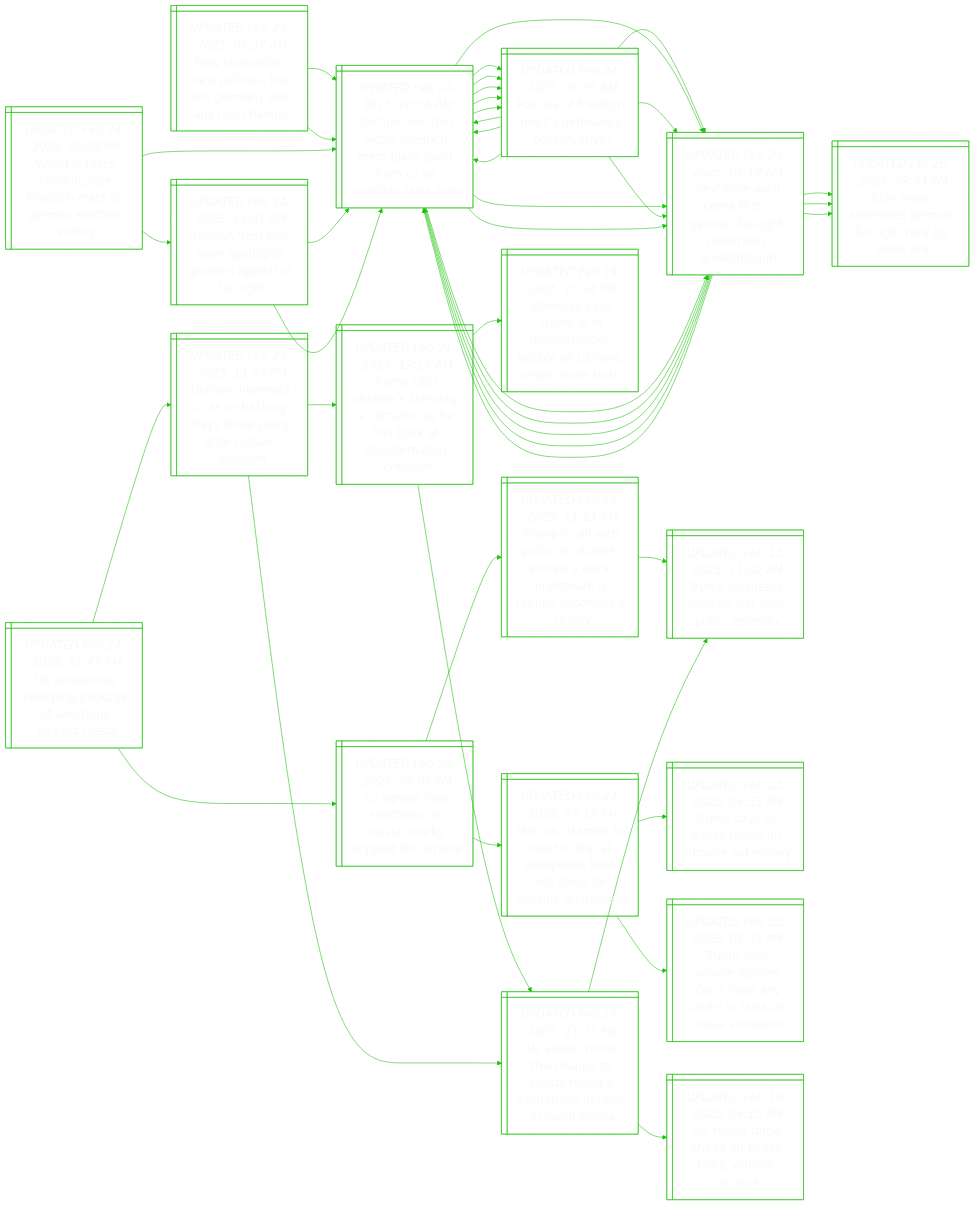
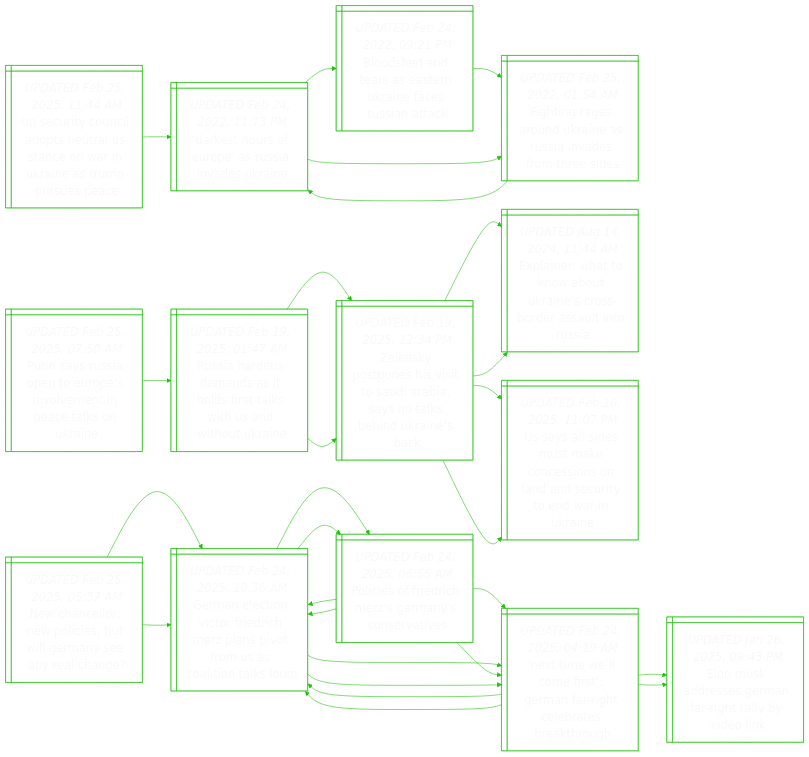
Before and after one commit to notJmes/notJmes: the diagram in README.md, drawn with Mermaid. The commit also changed other lines of this file, not shown here.

````diff
--- a/README.md
+++ b/README.md
@@ -15,6 +15,50 @@
 %%{init: {'theme':'base', 'themeVariables': {'primaryColor': "transparent", 'primaryTextColor': "#F9F9F9", 'lineColor': "#20C20E", 'primaryBorderColor':'#20C20E'}}}%%
 flowchart LR
 classDef txtsize font-size:20px;
+
+UuCipuUnwUnruse@{ shape: win-pane, label: "_UPDATED Feb 25, 2025, 11:44 AM_
+Un security council adopts neutral us stance on war in ukraine as trump pursues peace" }
+DsruasvUn@{ shape: win-pane, label: "_UPDATED Feb 24, 2022, 11:13 PM_
+'darkest hours of europe' as russia invades ukraine" }
+Bsnranicsak@{ shape: win-pane, label: "_UPDATED Feb 24, 2022, 09:21 PM_
+Bloodshed and tears as eastern ukraine faces russian attack" }
+Figokesnsts@{ shape: win-pane, label: "_UPDATED Feb 25, 2022, 01:54 AM_
+Fighting rages around ukraine as russia invades from three sides" }
+Figokesnsts@{ shape: win-pane, label: "_UPDATED Feb 25, 2022, 01:54 AM_
+Fighting rages around ukraine as russia invades from three sides" }
+DsruasvUn@{ shape: win-pane, label: "_UPDATED Feb 24, 2022, 11:13 PM_
+'darkest hours of europe' as russia invades ukraine" }
+
+UuCipuUnwUnruse:::txtsize --> DsruasvUn:::txtsize
+DsruasvUn:::txtsize --> Bsnranicsak:::txtsize
+Bsnranicsak:::txtsize --> Figokesnsts:::txtsize
+DsruasvUn:::txtsize --> Figokesnsts:::txtsize
+Figokesnsts:::txtsize --> DsruasvUn:::txtsize
+
+Psuoopvmnesr@{ shape: win-pane, label: "_UPDATED Feb 25, 2025, 07:50 AM_
+Putin says russia open to europe’s involvement in peace talks on ukraine" }
+RaemaoiaiatUn@{ shape: win-pane, label: "_UPDATED Feb 19, 2025, 01:47 AM_
+Russia hardens demands as it holds first talks with us and without ukraine" }
+ZssevtdbyaeUnc@{ shape: win-pane, label: "_UPDATED Feb 19, 2025, 12:34 PM_
+Zelensky postpones his visit to saudi arabia, says no talks behind ukraine’s back" }
+Eihkbkesdsiu@{ shape: win-pane, label: "_UPDATED Aug 14, 2024, 11:44 AM_
+Explainer: what to know about ukraine’s cross-border assault into russia" }
+UsiukcolnutwUn@{ shape: win-pane, label: "_UPDATED Feb 18, 2025, 11:07 PM_
+Us says all sides must make concessions on land and security to end war in ukraine" }
+ZssevtdbyaeUnc@{ shape: win-pane, label: "_UPDATED Feb 19, 2025, 12:34 PM_
+Zelensky postpones his visit to saudi arabia, says no talks behind ukraine’s back" }
+Eihkbkesdsiu@{ shape: win-pane, label: "_UPDATED Aug 14, 2024, 11:44 AM_
+Explainer: what to know about ukraine’s cross-border assault into russia" }
+UsiukcolnutwUn@{ shape: win-pane, label: "_UPDATED Feb 18, 2025, 11:07 PM_
+Us says all sides must make concessions on land and security to end war in ukraine" }
+
+Psuoopvmnesr:::txtsize --> RaemaoiaiatUn:::txtsize
+RaemaoiaiatUn:::txtsize --> ZssevtdbyaeUnc:::txtsize
+ZssevtdbyaeUnc:::txtsize --> Eihkbkesdsiu:::txtsize
+ZssevtdbyaeUnc:::txtsize --> UsiukcolnutwUn:::txtsize
+RaemaoiaiatUn:::txtsize --> ZssevtdbyaeUnc:::txtsize
+ZssevtdbyaeUnc:::txtsize --> Eihkbkesdsiu:::txtsize
+ZssevtdbyaeUnc:::txtsize --> UsiukcolnutwUn:::txtsize
 
 Nalwculaeea@{ shape: win-pane, label: "_UPDATED Feb 25, 2025, 05:37 AM_
 New chancellor, new policies, but will germany see any real change?" }
@@ -62,93 +106,4 @@
 Niletarcrbtg:::txtsize --> Eudemrtydn:::txtsize
 Niletarcrbtg:::txtsize --> GntiFreavositl:::txtsize
 
-Wlrglrireeic@{ shape: win-pane, label: "_UPDATED Feb 24, 2025, 09:28 PM_
-World leaders congratulate friedrich merz on german election victory" }
-GntiFreavositl@{ shape: win-pane, label: "_UPDATED Feb 24, 2025, 10:36 AM_
-German election victor friedrich merz plans pivot from us as coalition talks loom" }
-PiFreeyst@{ shape: win-pane, label: "_UPDATED Feb 24, 2025, 06:55 AM_
-Policies of friedrich merz's germany's conservatives" }
-Niletarcrbtg@{ shape: win-pane, label: "_UPDATED Feb 24, 2025, 04:19 AM_
-‘next time we’ll come first’: german far-right celebrates breakthrough" }
-GntiFreavositl@{ shape: win-pane, label: "_UPDATED Feb 24, 2025, 10:36 AM_
-German election victor friedrich merz plans pivot from us as coalition talks loom" }
-Niletarcrbtg@{ shape: win-pane, label: "_UPDATED Feb 24, 2025, 04:19 AM_
-‘next time we’ll come first’: german far-right celebrates breakthrough" }
-Eudemrtydn@{ shape: win-pane, label: "_UPDATED Jan 26, 2025, 09:43 PM_
-Elon musk addresses german far-right rally by video link" }
-GntiFreavositl@{ shape: win-pane, label: "_UPDATED Feb 24, 2025, 10:36 AM_
-German election victor friedrich merz plans pivot from us as coalition talks loom" }
-Gnboohoalrt@{ shape: win-pane, label: "_UPDATED Feb 24, 2025, 11:41 AM_
-German ‘rust belt’ town spotlights growing appeal of far right" }
-GntiFreavositl@{ shape: win-pane, label: "_UPDATED Feb 24, 2025, 10:36 AM_
-German election victor friedrich merz plans pivot from us as coalition talks loom" }
-PiFreeyst@{ shape: win-pane, label: "_UPDATED Feb 24, 2025, 06:55 AM_
-Policies of friedrich merz's germany's conservatives" }
-Niletarcrbtg@{ shape: win-pane, label: "_UPDATED Feb 24, 2025, 04:19 AM_
-‘next time we’ll come first’: german far-right celebrates breakthrough" }
-GntiFreavositl@{ shape: win-pane, label: "_UPDATED Feb 24, 2025, 10:36 AM_
-German election victor friedrich merz plans pivot from us as coalition talks loom" }
-PiFreeyst@{ shape: win-pane, label: "_UPDATED Feb 24, 2025, 06:55 AM_
-Policies of friedrich merz's germany's conservatives" }
-Niletarcrbtg@{ shape: win-pane, label: "_UPDATED Feb 24, 2025, 04:19 AM_
-‘next time we’ll come first’: german far-right celebrates breakthrough" }
-
-Wlrglrireeic:::txtsize --> GntiFreavositl:::txtsize
-GntiFreavositl:::txtsize --> PiFreeyst:::txtsize
-PiFreeyst:::txtsize --> Niletarcrbtg:::txtsize
-PiFreeyst:::txtsize --> GntiFreavositl:::txtsize
-GntiFreavositl:::txtsize --> Niletarcrbtg:::txtsize
-Niletarcrbtg:::txtsize --> Eudemrtydn:::txtsize
-Niletarcrbtg:::txtsize --> GntiFreavositl:::txtsize
-Wlrglrireeic:::txtsize --> Gnboohoalrt:::txtsize
-Gnboohoalrt:::txtsize --> GntiFreavositl:::txtsize
-GntiFreavositl:::txtsize --> PiFreeyst:::txtsize
-GntiFreavositl:::txtsize --> Niletarcrbtg:::txtsize
-Gnboohoalrt:::txtsize --> GntiFreavositl:::txtsize
-GntiFreavositl:::txtsize --> PiFreeyst:::txtsize
-GntiFreavositl:::txtsize --> Niletarcrbtg:::txtsize
-
-Uospaenniu@{ shape: win-pane, label: "_UPDATED Feb 24, 2025, 11:47 PM_
-Uk announces sweeping package of sanctions against russia" }
-Eewtosrpfr@{ shape: win-pane, label: "_UPDATED Feb 24, 2025, 09:09 PM_
-Eu agrees new sanctions on russia, marks support for ukraine" }
-Tswunirwnmsdcgl@{ shape: win-pane, label: "_UPDATED Feb 14, 2025, 11:13 AM_
-Trump’s call with putin on ukraine: europe’s worst nightmare is rapidly becoming a reality" }
-Tdskeitly@{ shape: win-pane, label: "_UPDATED Feb 13, 2025, 11:02 AM_
-Trump discusses ukraine war with putin, zelensky" }
-Mnmmrspfoeriae@{ shape: win-pane, label: "_UPDATED Feb 23, 2025, 07:17 PM_
-Macron, starmer to meet trump as europeans flesh out ideas for ukraine guarantees" }
-TsSsrkeo@{ shape: win-pane, label: "_UPDATED Feb 23, 2025, 06:53 PM_
-Trump says us wants return on ukraine aid money" }
-Tskeeneanssii@{ shape: win-pane, label: "_UPDATED Feb 22, 2025, 08:35 PM_
-Trump says ukraine leaders ‘don’t have any cards’ in talks on russia’s invasion" }
-Unmaagsesrivn@{ shape: win-pane, label: "_UPDATED Feb 24, 2025, 11:45 PM_
-Ukraine hemmed in as us backing frays three years after russian invasion" }
-TcUnlytaicioiis@{ shape: win-pane, label: "_UPDATED Feb 21, 2025, 12:19 AM_
-Trump calls ukraine’s zelensky a ‘dictator’ as he hits back at ‘disinformation’ criticism" }
-Umehtiusrnanii@{ shape: win-pane, label: "_UPDATED Feb 19, 2025, 11:33 PM_
-Us seems more than happy to satisfy russia’s aspirations at talks in saudi arabia" }
-Zsymnnaberumr@{ shape: win-pane, label: "_UPDATED Feb 19, 2025, 10:14 PM_
-Zelensky says trump is in ‘disinformation’ bubble on ukraine, urges ‘more truth’" }
-Umehtiusrnanii@{ shape: win-pane, label: "_UPDATED Feb 19, 2025, 11:33 PM_
-Us seems more than happy to satisfy russia’s aspirations at talks in saudi arabia" }
-Usreptwua@{ shape: win-pane, label: "_UPDATED Feb 19, 2025, 06:15 PM_
-Us, russia forge ahead on peace talks, without ukraine" }
-Tdskeitly@{ shape: win-pane, label: "_UPDATED Feb 13, 2025, 11:02 AM_
-Trump discusses ukraine war with putin, zelensky" }
-
-Uospaenniu:::txtsize --> Eewtosrpfr:::txtsize
-Eewtosrpfr:::txtsize --> Tswunirwnmsdcgl:::txtsize
-Tswunirwnmsdcgl:::txtsize --> Tdskeitly:::txtsize
-Eewtosrpfr:::txtsize --> Mnmmrspfoeriae:::txtsize
-Mnmmrspfoeriae:::txtsize --> TsSsrkeo:::txtsize
-Mnmmrspfoeriae:::txtsize --> Tskeeneanssii:::txtsize
-Uospaenniu:::txtsize --> Unmaagsesrivn:::txtsize
-Unmaagsesrivn:::txtsize --> TcUnlytaicioiis:::txtsize
-TcUnlytaicioiis:::txtsize --> Umehtiusrnanii:::txtsize
-TcUnlytaicioiis:::txtsize --> Zsymnnaberumr:::txtsize
-Unmaagsesrivn:::txtsize --> Umehtiusrnanii:::txtsize
-Umehtiusrnanii:::txtsize --> Usreptwua:::txtsize
-Umehtiusrnanii:::txtsize --> Tdskeitly:::txtsize
-
 ```
````
